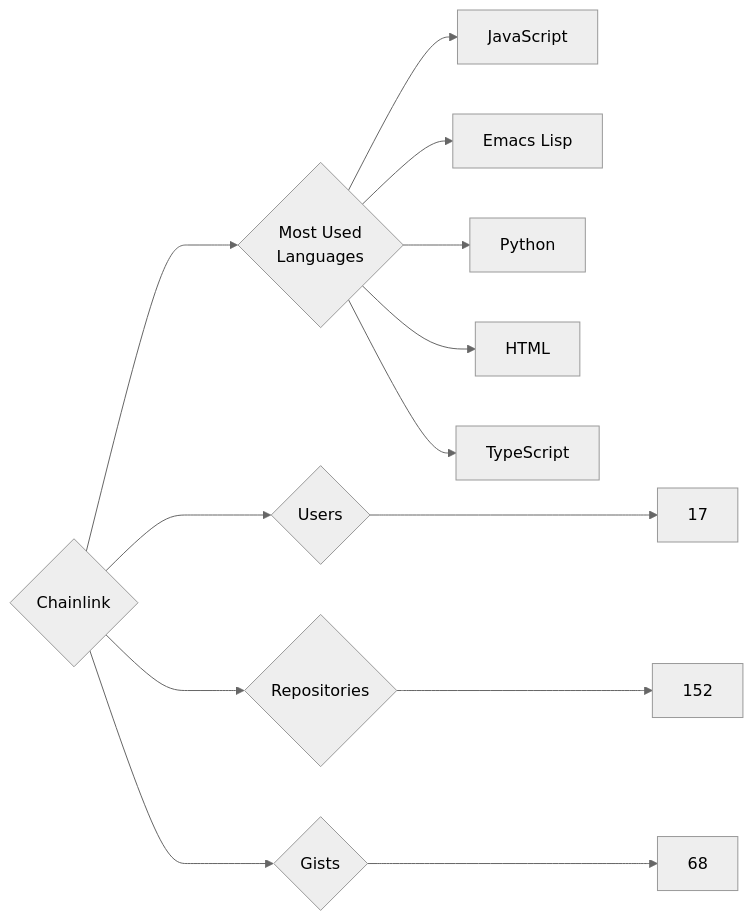
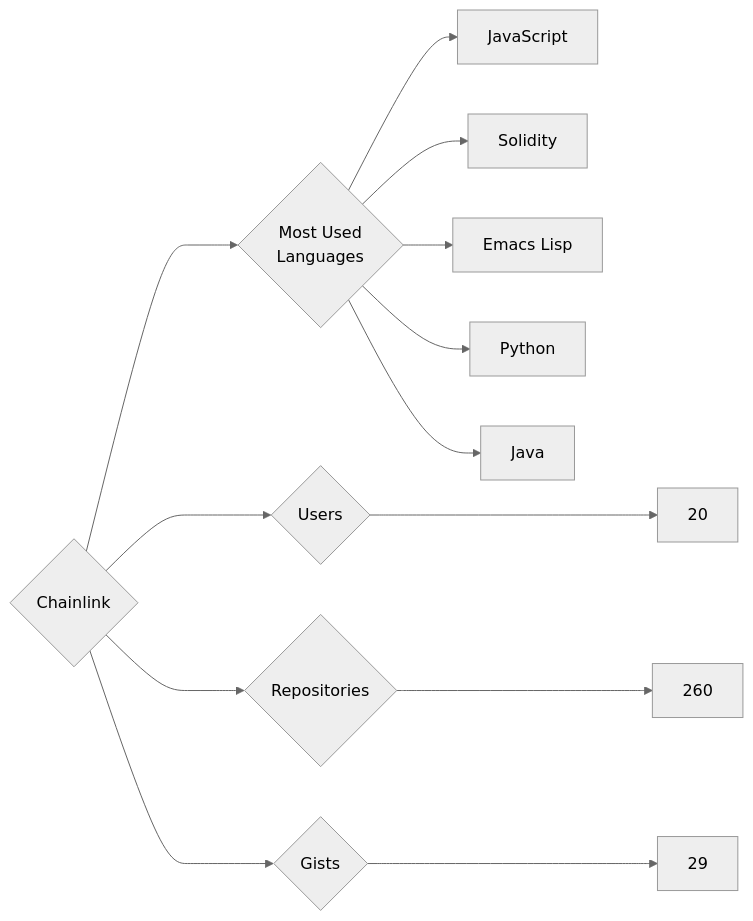
One commit to trickest/insiders changed the diagram in targets/Chainlink/README.md. Above: the diagram before and after it, drawn with Mermaid (neutral theme). The commit also changed 823 other files, not shown here.

````diff
--- a/targets/Chainlink/README.md
+++ b/targets/Chainlink/README.md
@@ -3,13 +3,13 @@
 ```mermaid
 graph LR
 COMPANY_NAME{Chainlink}
-COMPANY_NAME ---> U{Users} ---> UN[17]
-COMPANY_NAME ---> R{Repositories} ---> RN[152]
-COMPANY_NAME ---> G{Gists} ---> GN[68]
+COMPANY_NAME ---> U{Users} ---> UN[20]
+COMPANY_NAME ---> R{Repositories} ---> RN[260]
+COMPANY_NAME ---> G{Gists} ---> GN[29]
 COMPANY_NAME ---> ML{Most Used<br>Languages}
 ML --> JavaScript[JavaScript]
+ML --> Solidity[Solidity]
 ML --> Emacs_Lisp[Emacs Lisp]
 ML --> Python[Python]
-ML --> HTML[HTML]
-ML --> TypeScript[TypeScript]
+ML --> Java[Java]
 ```
````
